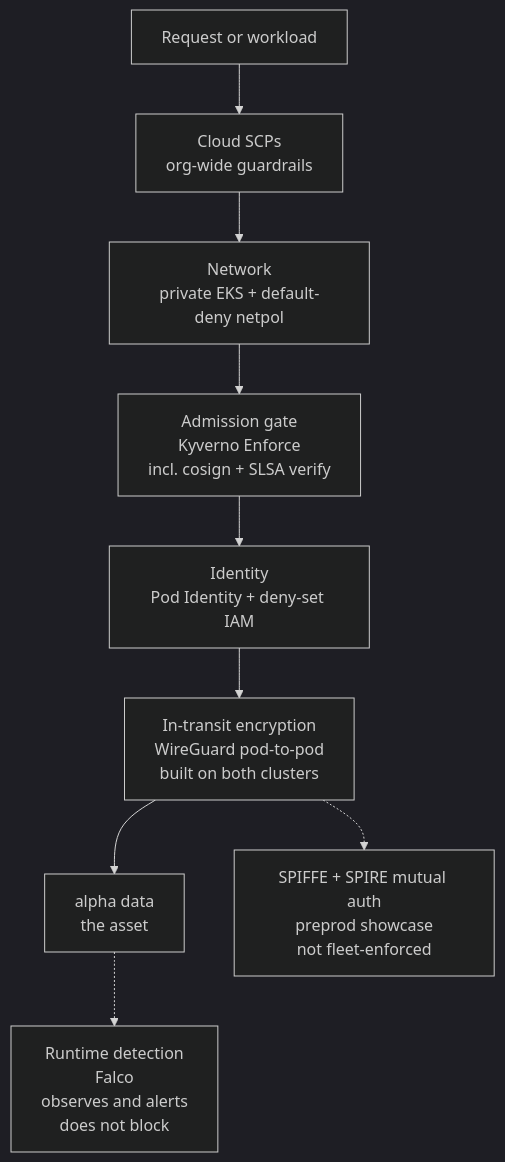
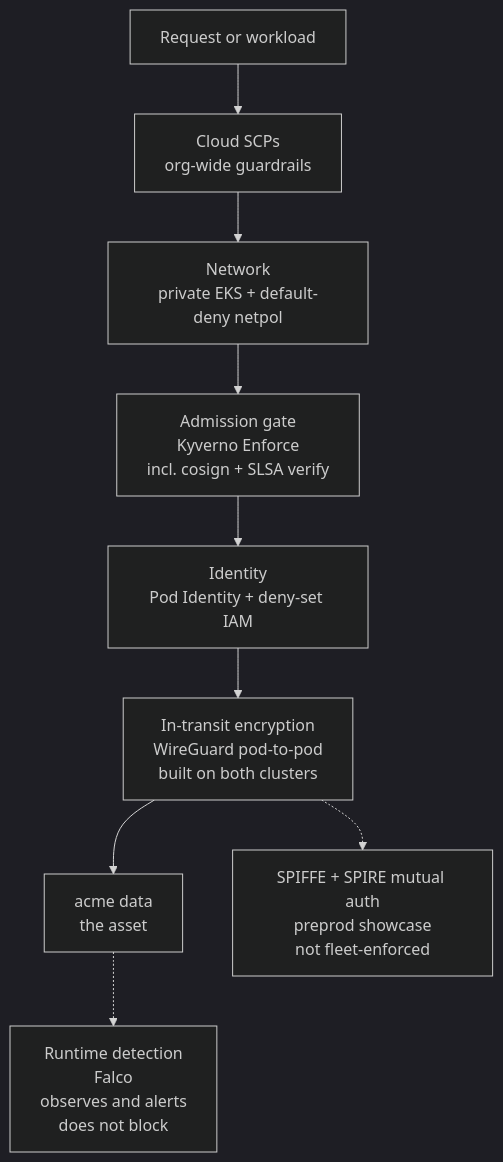
The diagram in docs/learn/spine/the-security-model.md (asanexample/platform), drawn with Mermaid (dark theme) before and after one commit. The commit also changed other lines of this file and 101 other files, not shown here.

First line of the commit message:
docs(learn): coherence + human-voice rewrite + Claude-designed diagrams

````diff
--- a/docs/learn/spine/the-security-model.md
+++ b/docs/learn/spine/the-security-model.md
@@ -32,14 +31,14 @@
 ```mermaid
 flowchart TD
     REQ["Request or workload"] --> L1
     L1["Cloud SCPs<br/>org-wide guardrails"] --> L2
     L2["Network<br/>private EKS + default-deny netpol"] --> L3
     L3["Admission gate<br/>Kyverno Enforce<br/>incl. cosign + SLSA verify"] --> L5
     L5["Identity<br/>Pod Identity + deny-set IAM"] --> L6
     L6["In-transit encryption<br/>WireGuard pod-to-pod<br/>built on both clusters"] --> CORE
     L6 -.-> AUTH
     AUTH["SPIFFE + SPIRE mutual auth<br/>preprod showcase<br/>not fleet-enforced"]
-    CORE["alpha data<br/>the asset"]
+    CORE["acme data<br/>the asset"]
     CORE -.-> FALCO
     FALCO["Runtime detection<br/>Falco<br/>observes and alerts<br/>does not block"]
 ```
````
